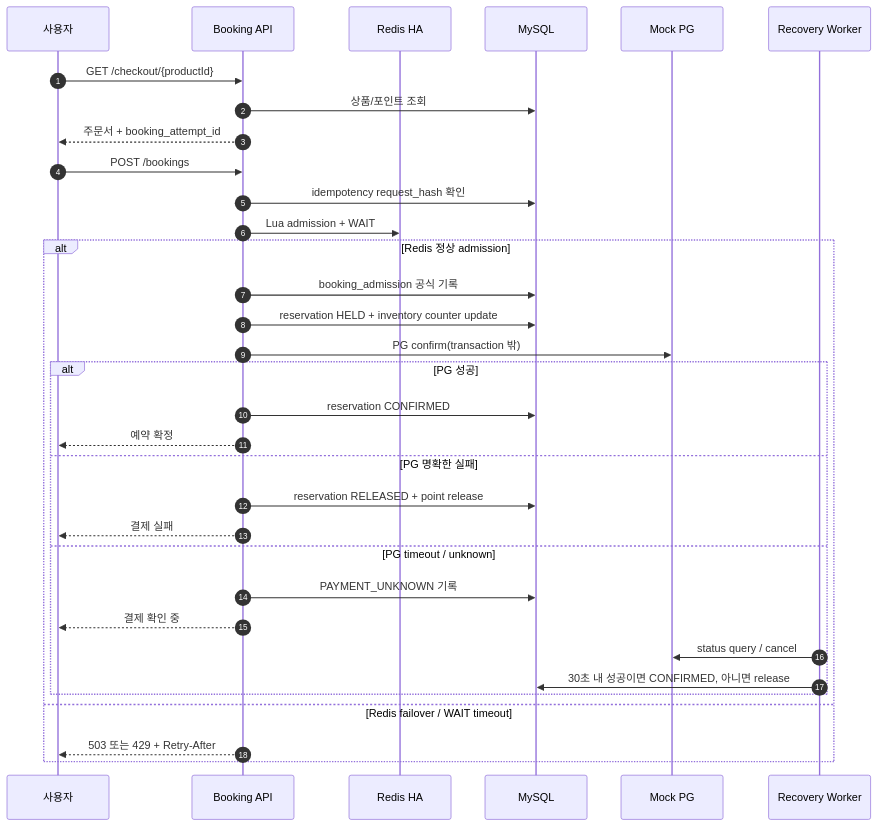
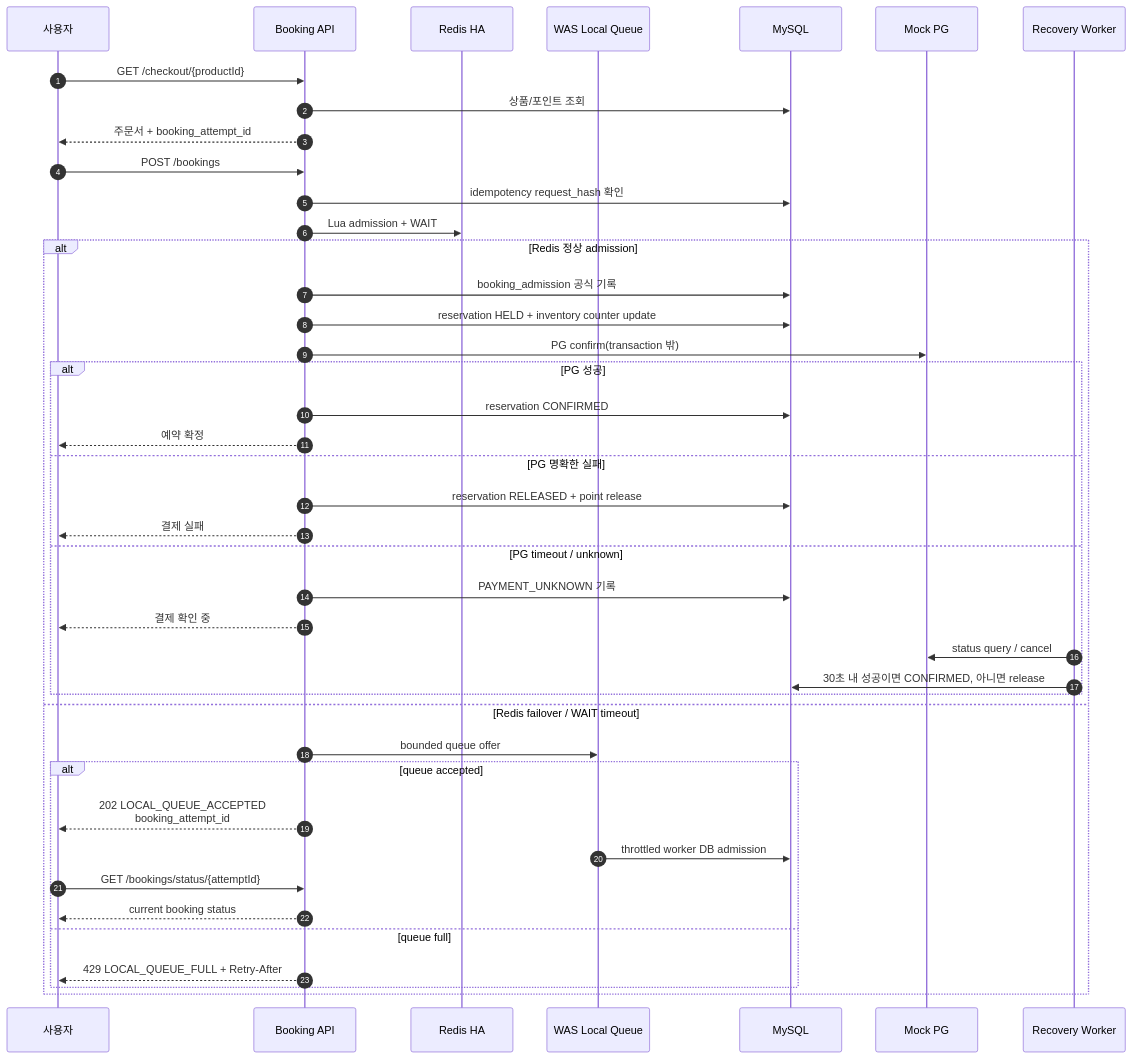
Before and after one commit to lsh1215/peak-booking-system: the second of 3 diagrams in README.md, drawn with Mermaid. The commit also changed other lines of this file and 44 other files, not shown here.

First line of the commit message:
feat: add local queue fallback for Redis outages

````diff
--- a/README.md
+++ b/README.md
@@ -188,38 +189,47 @@
 ```mermaid
 sequenceDiagram
     autonumber
     participant U as 사용자
     participant A as Booking API
     participant R as Redis HA
+    participant Q as WAS Local Queue
     participant D as MySQL
     participant P as Mock PG
     participant W as Recovery Worker
 
     U->>A: GET /checkout/{productId}
     A->>D: 상품/포인트 조회
     A-->>U: 주문서 + booking_attempt_id
 
     U->>A: POST /bookings
     A->>D: idempotency request_hash 확인
     A->>R: Lua admission + WAIT
 
     alt Redis 정상 admission
         A->>D: booking_admission 공식 기록
         A->>D: reservation HELD + inventory counter update
         A->>P: PG confirm(transaction 밖)
         alt PG 성공
             A->>D: reservation CONFIRMED
             A-->>U: 예약 확정
         else PG 명확한 실패
             A->>D: reservation RELEASED + point release
             A-->>U: 결제 실패
         else PG timeout / unknown
             A->>D: PAYMENT_UNKNOWN 기록
             A-->>U: 결제 확인 중
             W->>P: status query / cancel
             W->>D: 30초 내 성공이면 CONFIRMED, 아니면 release
         end
     else Redis failover / WAIT timeout
-        A-->>U: 503 또는 429 + Retry-After
+        A->>Q: bounded queue offer
+        alt queue accepted
+            A-->>U: 202 LOCAL_QUEUE_ACCEPTED<br/>booking_attempt_id
+            Q->>D: throttled worker DB admission
+            U->>A: GET /bookings/status/{attemptId}
+            A-->>U: current booking status
+        else queue full
+            A-->>U: 429 LOCAL_QUEUE_FULL + Retry-After
+        end
     end
 ```
````
